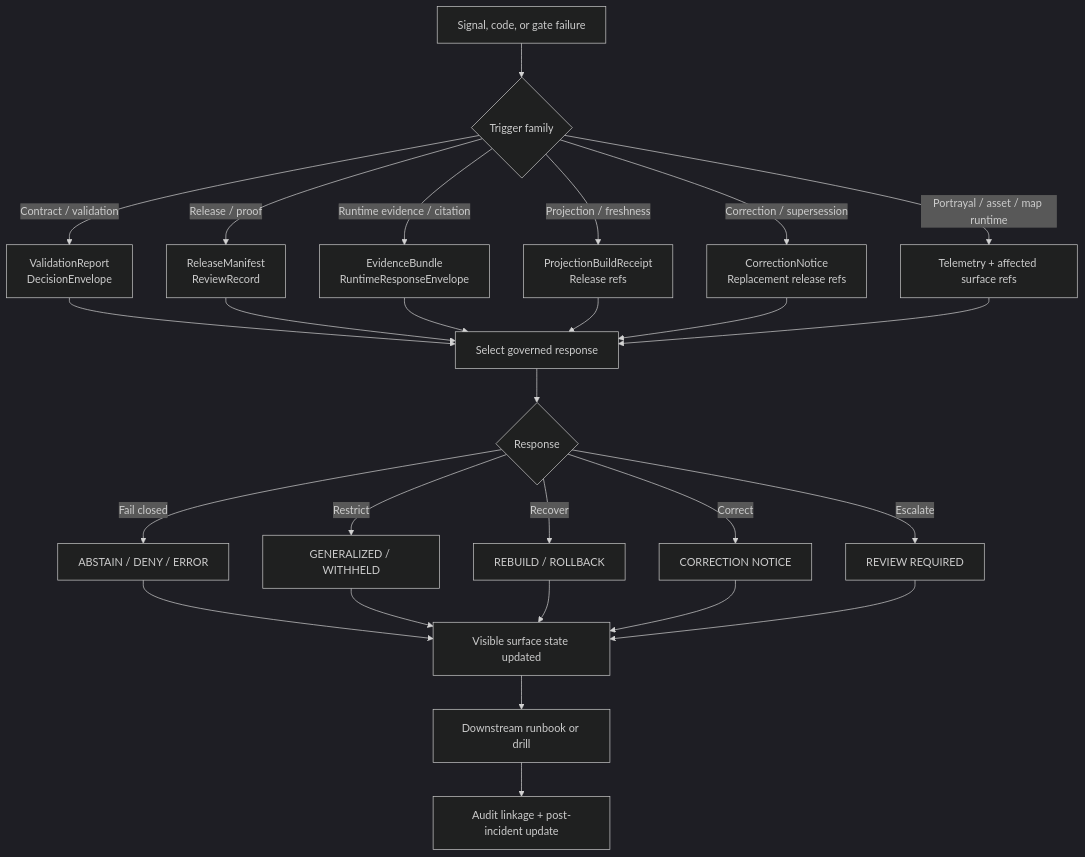
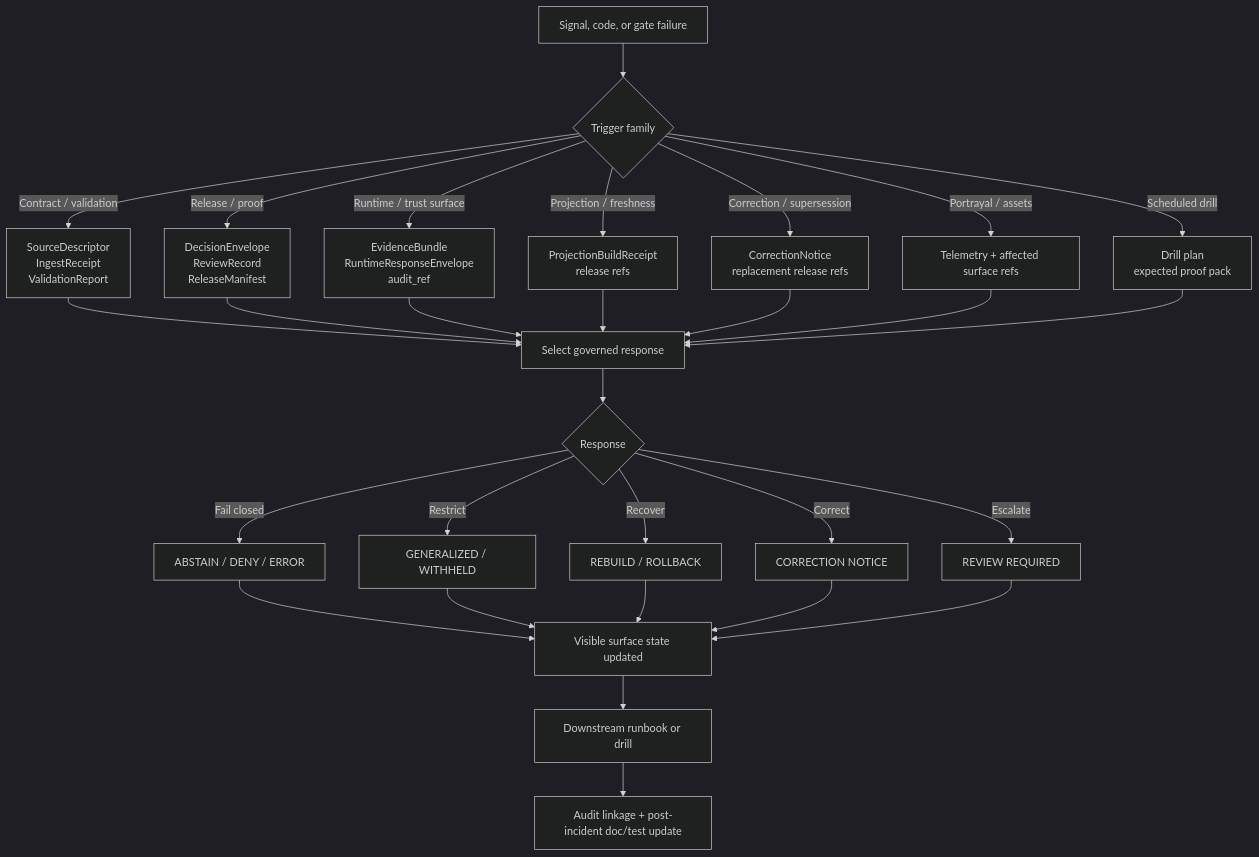
One commit to bartytime4life/Kansas-Frontier-Matrix changed the diagram in docs/runbooks/reliability/trigger-mechanisms/README.md. Above: the diagram before and after it, drawn with Mermaid (dark theme). The commit also changed other lines of this file, not shown here.

````diff
--- a/docs/runbooks/reliability/trigger-mechanisms/README.md
+++ b/docs/runbooks/reliability/trigger-mechanisms/README.md
@@ -197,33 +208,36 @@
 ```mermaid
 flowchart TD
     A[Signal, code, or gate failure] --> B{Trigger family}
-    B -->|Contract / validation| C1[ValidationReport<br/>DecisionEnvelope]
-    B -->|Release / proof| C2[ReleaseManifest<br/>ReviewRecord]
-    B -->|Runtime evidence / citation| C3[EvidenceBundle<br/>RuntimeResponseEnvelope]
-    B -->|Projection / freshness| C4[ProjectionBuildReceipt<br/>Release refs]
-    B -->|Correction / supersession| C5[CorrectionNotice<br/>Replacement release refs]
-    B -->|Portrayal / asset / map runtime| C6[Telemetry + affected surface refs]
+
+    B -->|Contract / validation| C1[SourceDescriptor<br/>IngestReceipt<br/>ValidationReport]
+    B -->|Release / proof| C2[DecisionEnvelope<br/>ReviewRecord<br/>ReleaseManifest]
+    B -->|Runtime / trust surface| C3[EvidenceBundle<br/>RuntimeResponseEnvelope<br/>audit_ref]
+    B -->|Projection / freshness| C4[ProjectionBuildReceipt<br/>release refs]
+    B -->|Correction / supersession| C5[CorrectionNotice<br/>replacement release refs]
+    B -->|Portrayal / assets| C6[Telemetry + affected surface refs]
+    B -->|Scheduled drill| C7[Drill plan<br/>expected proof pack]
 
     C1 --> D[Select governed response]
     C2 --> D
     C3 --> D
     C4 --> D
     C5 --> D
     C6 --> D
+    C7 --> D
 
     D --> E{Response}
     E -->|Fail closed| F1[ABSTAIN / DENY / ERROR]
     E -->|Restrict| F2[GENERALIZED / WITHHELD]
     E -->|Recover| F3[REBUILD / ROLLBACK]
     E -->|Correct| F4[CORRECTION NOTICE]
     E -->|Escalate| F5[REVIEW REQUIRED]
 
     F1 --> G[Visible surface state updated]
     F2 --> G
     F3 --> G
     F4 --> G
     F5 --> G
 
     G --> H[Downstream runbook or drill]
-    H --> I[Audit linkage + post-incident update]
+    H --> I[Audit linkage + post-incident doc/test update]
 ```
````
